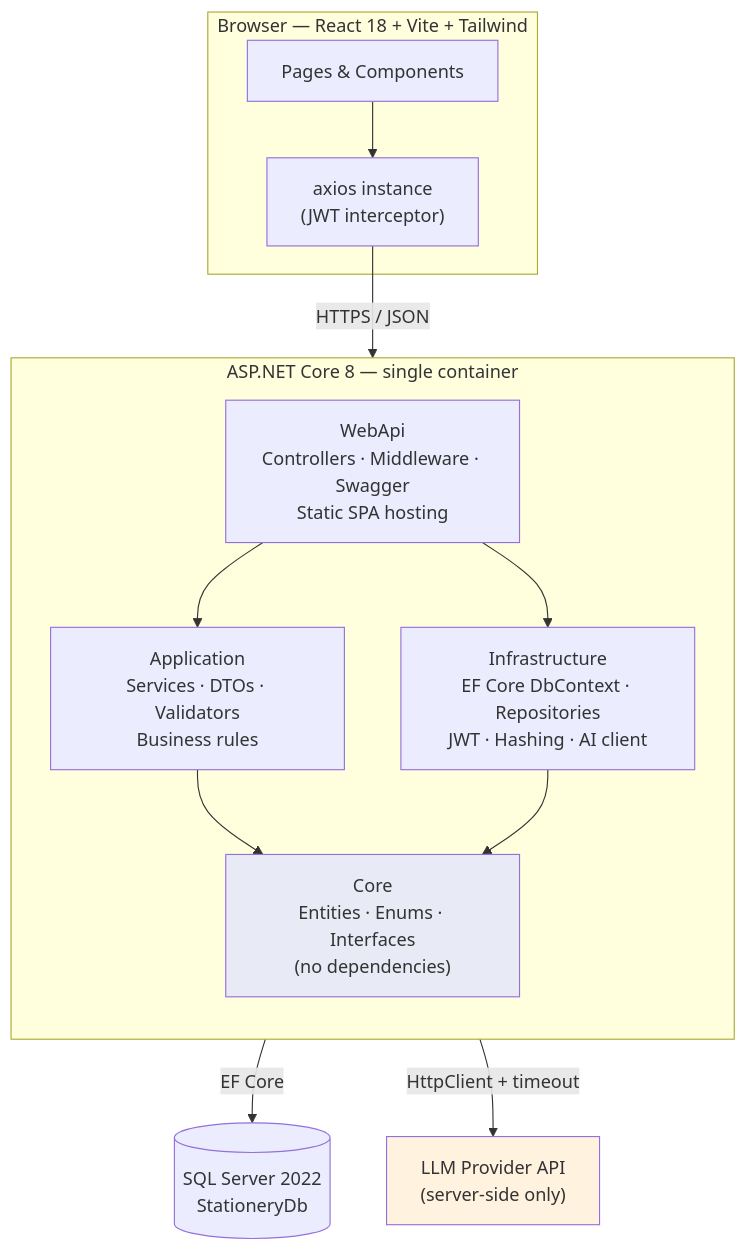
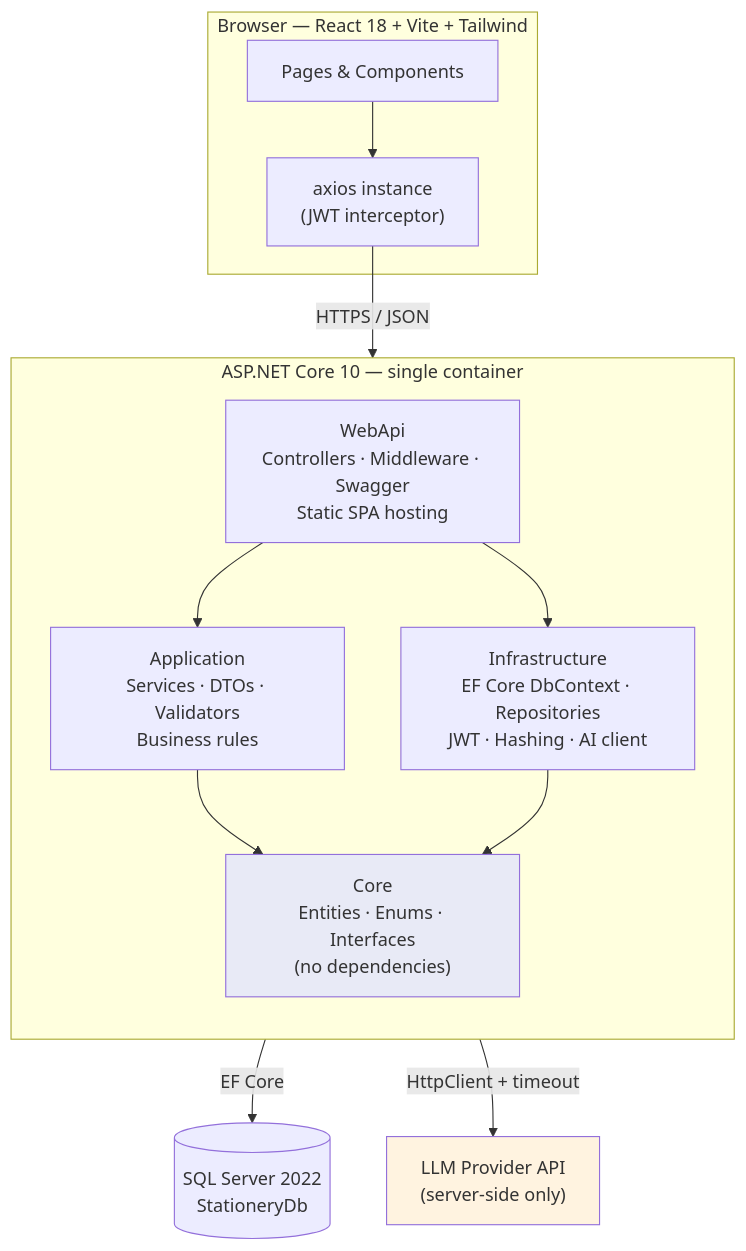
One commit to PHT1232/project_3 changed the second of 9 diagrams in __ai_agents/Stationery_Management_System_Project_Plan.md. Above: the diagram before and after it, drawn with Mermaid. The commit also changed other lines of this file and 1 other file, not shown here.

First line of the commit message:
docs(plan): revise runtime decision from .NET 8 to .NET 10 (v1.1)

````diff
--- a/__ai_agents/Stationery_Management_System_Project_Plan.md
+++ b/__ai_agents/Stationery_Management_System_Project_Plan.md
@@ -116,30 +131,30 @@
 ```mermaid
 flowchart TB
     subgraph Client["Browser — React 18 + Vite + Tailwind"]
         UI["Pages & Components"]
         API_CLIENT["axios instance<br/>(JWT interceptor)"]
         UI --> API_CLIENT
     end
 
-    subgraph Server["ASP.NET Core 8 — single container"]
+    subgraph Server["ASP.NET Core 10 — single container"]
         direction TB
         WEBAPI["WebApi<br/>Controllers · Middleware · Swagger<br/>Static SPA hosting"]
         APP["Application<br/>Services · DTOs · Validators<br/>Business rules"]
         CORE["Core<br/>Entities · Enums · Interfaces<br/>(no dependencies)"]
         INFRA["Infrastructure<br/>EF Core DbContext · Repositories<br/>JWT · Hashing · AI client"]
         WEBAPI --> APP
         WEBAPI --> INFRA
         APP --> CORE
         INFRA --> CORE
     end
 
     DB[("SQL Server 2022<br/>StationeryDb")]
     LLM["LLM Provider API<br/>(server-side only)"]
 
     API_CLIENT -->|HTTPS / JSON| WEBAPI
     INFRA -->|EF Core| DB
     INFRA -->|HttpClient + timeout| LLM
 
     style CORE fill:#e8eaf6
     style LLM fill:#fff3e0
 ```
````
